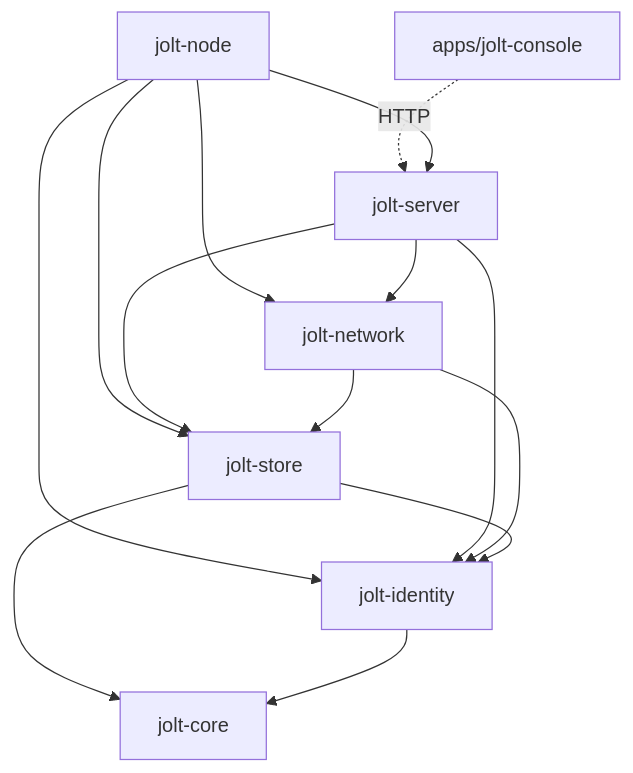
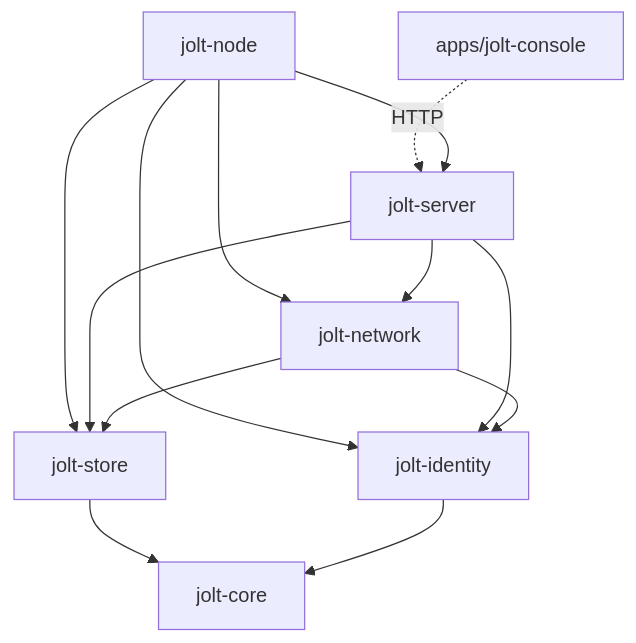
Before and after one commit to alexanderwanyoike/jolt: the second of 2 diagrams in docs/01-architecture.md, drawn with Mermaid. The commit also changed other lines of this file, not shown here.

Commit message:
Fix dependency edge, wire codec attribution, and bind claim in architecture doc

````diff
--- a/docs/01-architecture.md
+++ b/docs/01-architecture.md
@@ -74,20 +74,19 @@
 ```mermaid
 graph TD
     console[apps/jolt-console] -.HTTP.-> server[jolt-server]
 
     node[jolt-node] --> server
     node --> net[jolt-network]
     node --> store[jolt-store]
     node --> id[jolt-identity]
 
     server --> net
     server --> store
     server --> id
 
     net --> store
     net --> id
 
-    store --> id
     store --> core[jolt-core]
     id --> core
 ```
````
